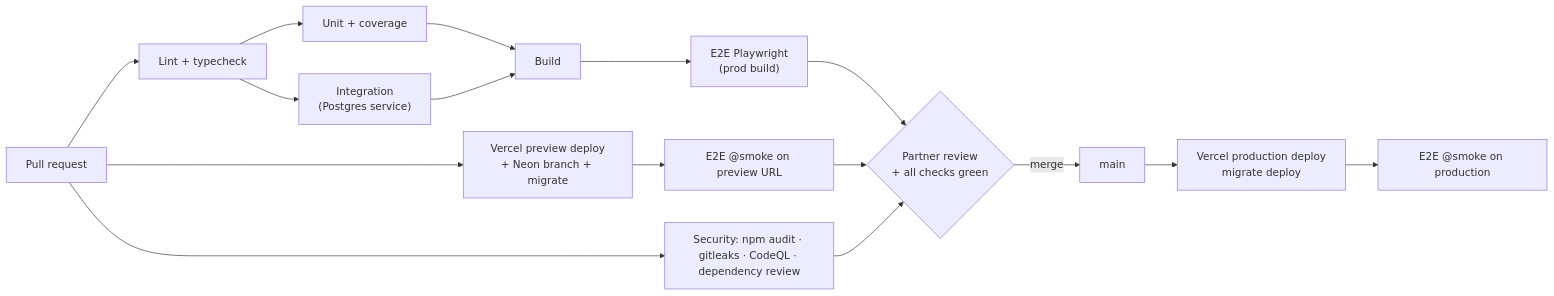
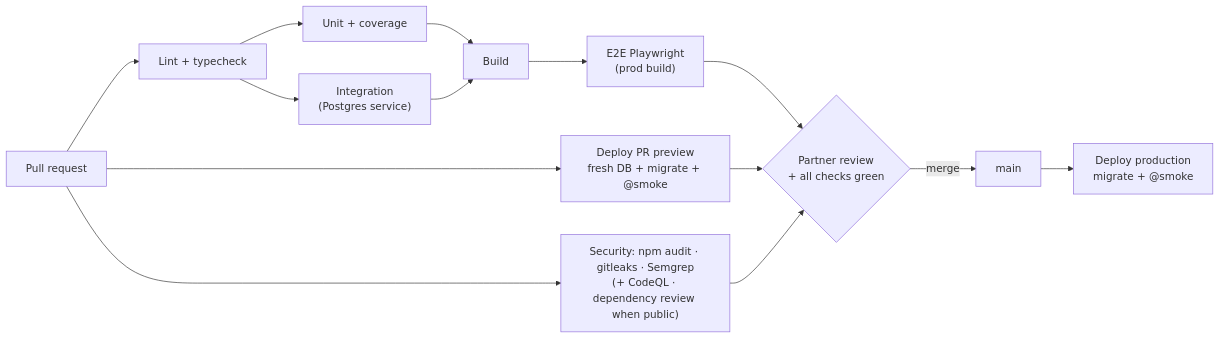
The third of 3 diagrams in docs/architecture.md (geekRoy0126/handup), drawn with Mermaid before and after one commit. The commit also changed other lines of this file and 14 other files, not shown here.

First line of the commit message:
ci(#2): deploy every PR to a preview slot and main to production from GitHub Actions

````diff
--- a/docs/architecture.md
+++ b/docs/architecture.md
@@ -79,18 +79,16 @@
 ```mermaid
 flowchart LR
   PR["Pull request"] --> Q["Lint + typecheck"]
   Q --> U["Unit + coverage"]
   Q --> I["Integration<br/>(Postgres service)"]
   U --> B["Build"]
   I --> B
   B --> E["E2E Playwright<br/>(prod build)"]
-  PR --> SEC["Security: npm audit · gitleaks · CodeQL · dependency review"]
-  PR --> V["Vercel preview deploy<br/>+ Neon branch + migrate"]
-  V --> EP["E2E @smoke on preview URL"]
+  PR --> SEC["Security: npm audit · gitleaks · Semgrep<br/>(+ CodeQL · dependency review when public)"]
+  PR --> V["Deploy PR preview<br/>fresh DB + migrate + @smoke"]
   E --> R{"Partner review<br/>+ all checks green"}
-  EP --> R
+  V --> R
   SEC --> R
   R -->|merge| M["main"]
-  M --> PROD["Vercel production deploy<br/>migrate deploy"]
-  PROD --> ES["E2E @smoke on production"]
+  M --> PROD["Deploy production<br/>migrate + @smoke"]
 ```
````
